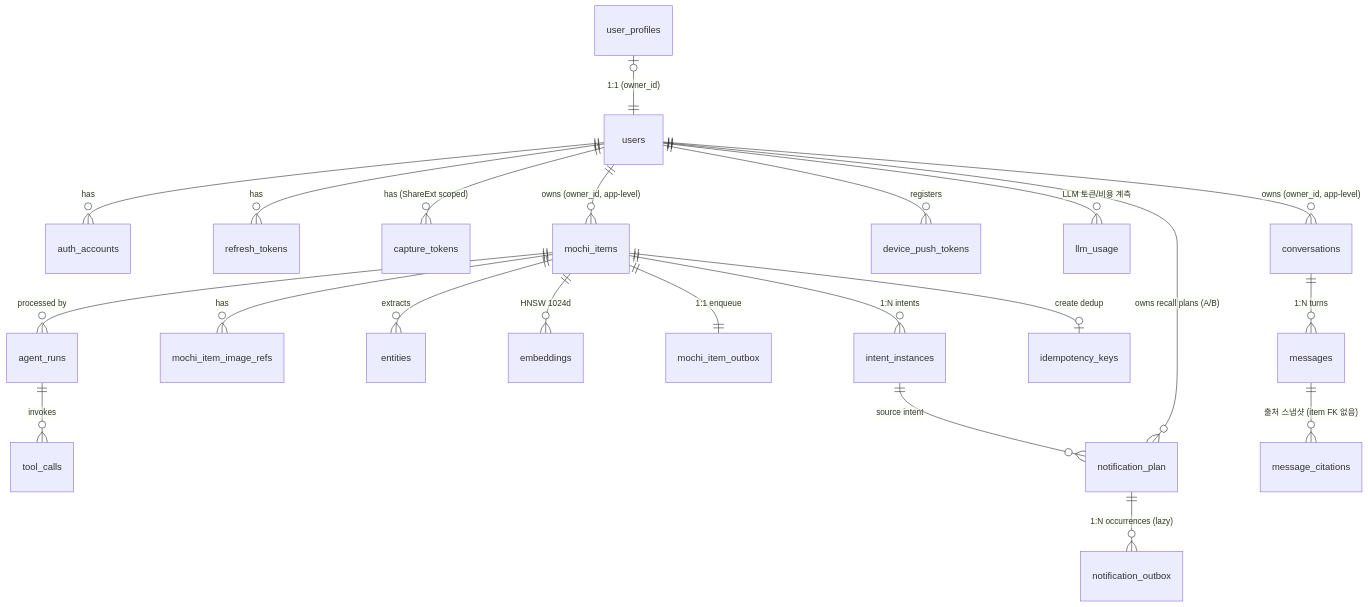
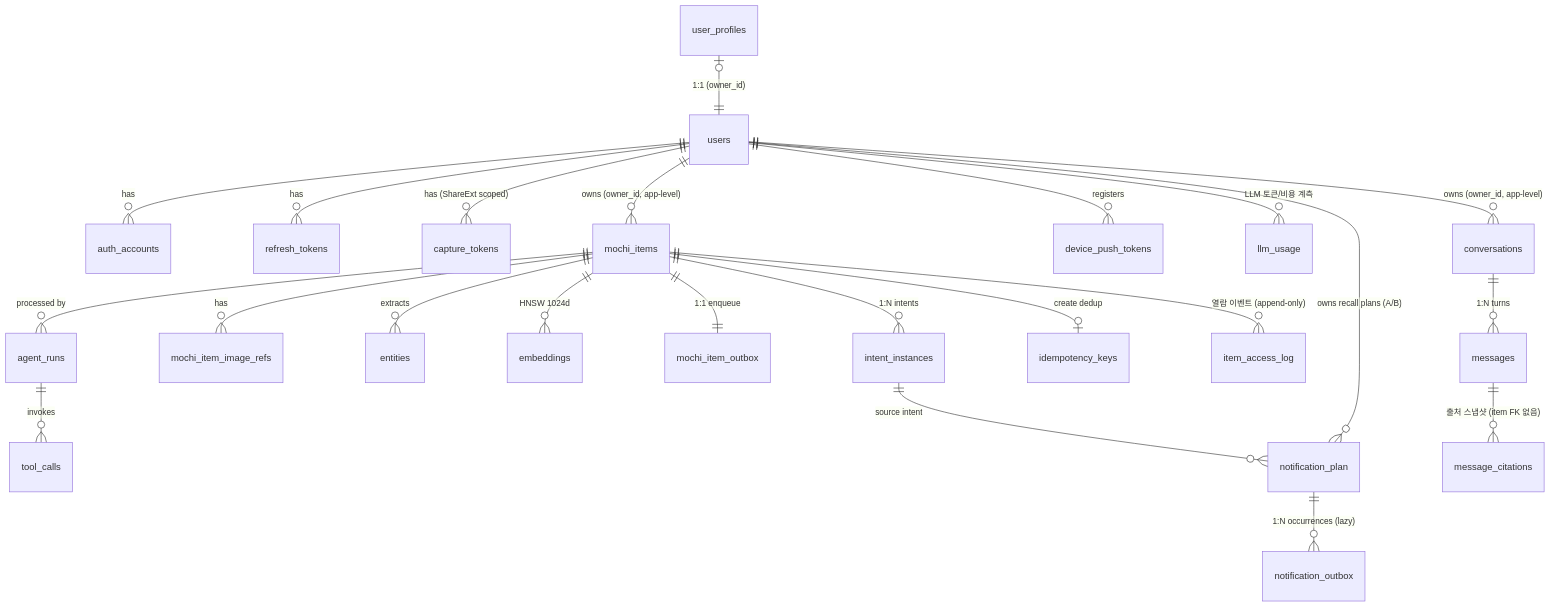
The diagram in docs/DOMAIN_DESIGN.md (dku-mochi/mochi), drawn with Mermaid before and after one commit. The commit also changed other lines of this file and 64 other files, not shown here.

First line of the commit message:
feat: 2026-06-22 — 민감 캡처 보호(CorePrivacy·선감지 블러·정책 업로드) + 코드리뷰 P1/P2 + 가림표시 버그수정 + item access log

````diff
--- a/docs/DOMAIN_DESIGN.md
+++ b/docs/DOMAIN_DESIGN.md
@@ -91,27 +91,28 @@
 ```mermaid
 erDiagram
     users ||--o{ auth_accounts : has
     users ||--o{ refresh_tokens : has
     users ||--o{ capture_tokens : "has (ShareExt scoped)"
     users ||--o{ mochi_items : "owns (owner_id, app-level)"
     users ||--o{ device_push_tokens : registers
     user_profiles |o--|| users : "1:1 (owner_id)"
 
     mochi_items ||--o{ intent_instances : "1:N intents"
     mochi_items ||--o{ mochi_item_image_refs : has
     mochi_items ||--o{ entities : extracts
     mochi_items ||--o{ embeddings : "HNSW 1024d"
     mochi_items ||--|| mochi_item_outbox : "1:1 enqueue"
     mochi_items ||--o{ agent_runs : "processed by"
     agent_runs  ||--o{ tool_calls : invokes
     mochi_items ||--o| idempotency_keys : "create dedup"
+    mochi_items ||--o{ item_access_log : "열람 이벤트 (append-only)"
     users ||--o{ llm_usage : "LLM 토큰/비용 계측"
 
     users ||--o{ notification_plan : "owns recall plans (A/B)"
     intent_instances ||--o{ notification_plan : "source intent"
     notification_plan ||--o{ notification_outbox : "1:N occurrences (lazy)"
 
     users ||--o{ conversations : "owns (owner_id, app-level)"
     conversations ||--o{ messages : "1:N turns"
     messages ||--o{ message_citations : "출처 스냅샷 (item FK 없음)"
 ```
````
